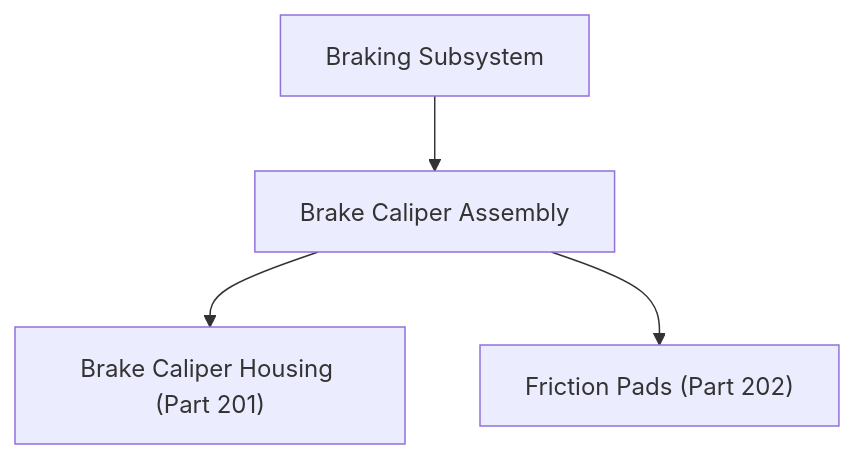
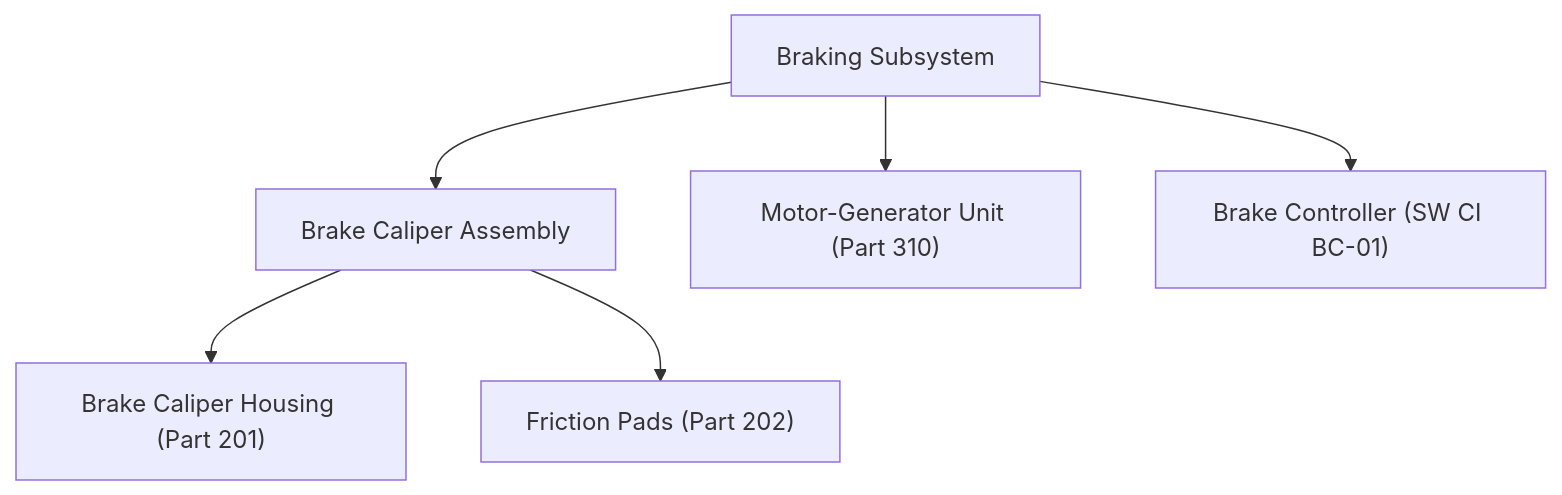
Before and after one commit to sweetscientist/systems-engineering-skill: the second of 3 diagrams in README.md, drawn with Mermaid. The commit also changed other lines of this file, not shown here.

````diff
--- a/README.md
+++ b/README.md
@@ -188,6 +254,8 @@
-  ```mermaid
-  flowchart TD
-    BS["Braking Subsystem"] --> BCA["Brake Caliper Assembly"]
-    BCA --> P201["Brake Caliper Housing (Part 201)"]
-    BCA --> P202["Friction Pads (Part 202)"]
-  ```
+```mermaid
+flowchart TD
+  BS["Braking Subsystem"] --> BCA["Brake Caliper Assembly"]
+  BS --> MGU["Motor-Generator Unit (Part 310)"]
+  BS --> BC["Brake Controller (SW CI BC-01)"]
+  BCA --> P201["Brake Caliper Housing (Part 201)"]
+  BCA --> P202["Friction Pads (Part 202)"]
+```
````
